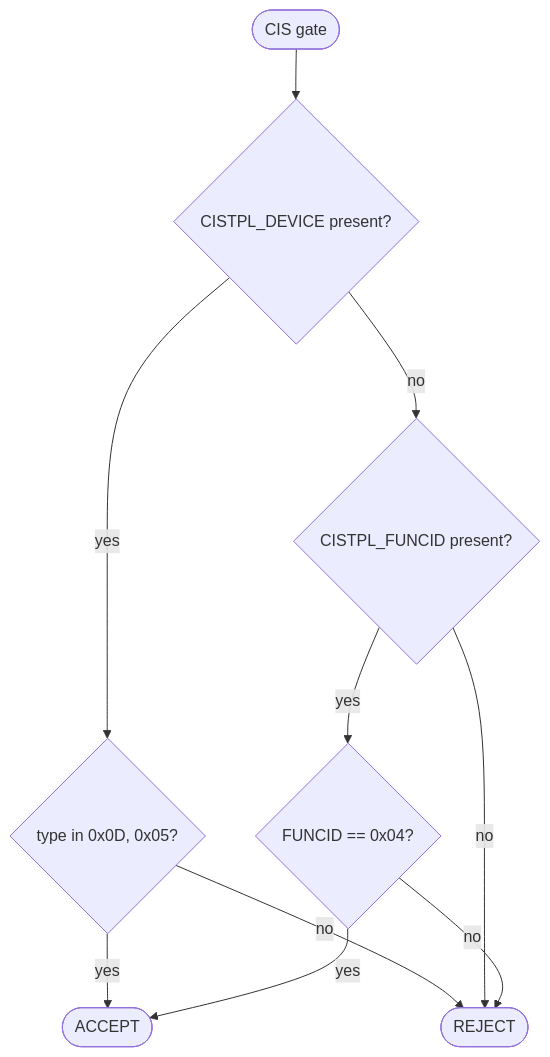
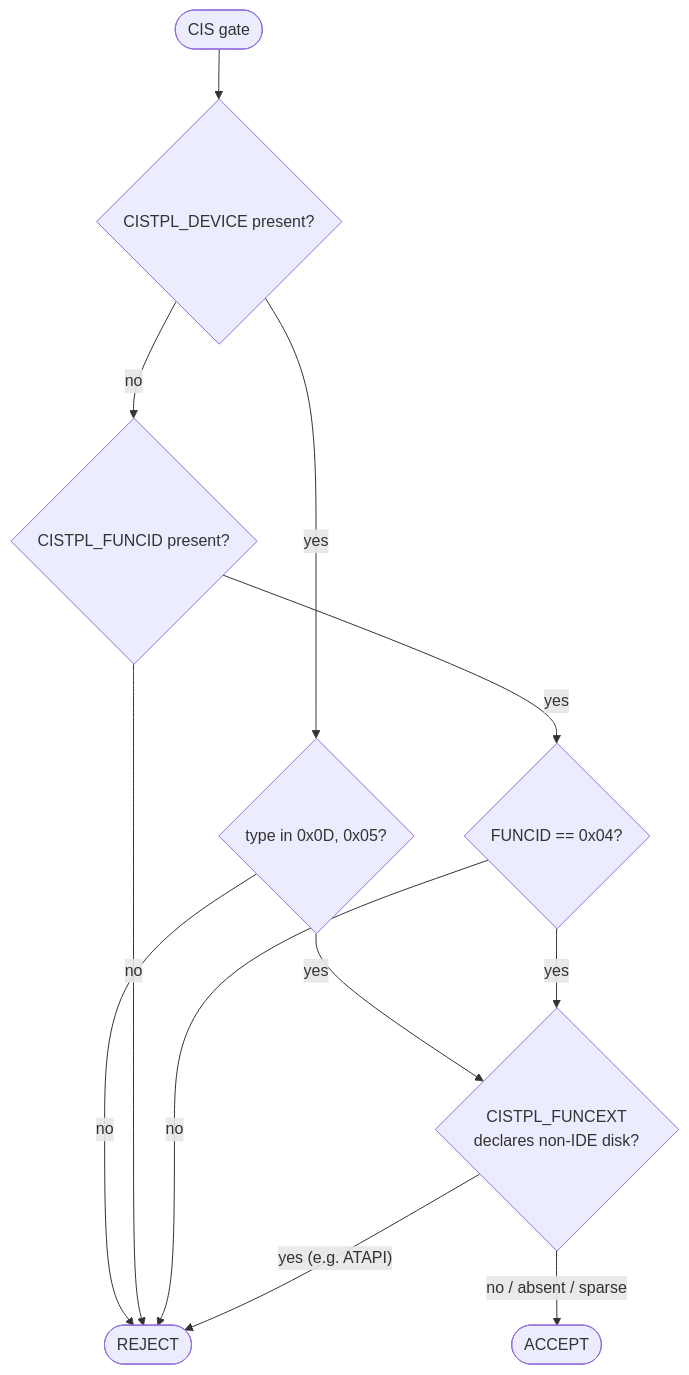
Before and after one commit to pulchart/cfd: the first of 3 diagrams in README.md, drawn with Mermaid. The commit also changed other lines of this file and 10 other files, not shown here.

````diff
--- a/README.md
+++ b/README.md
@@ -525,12 +550,14 @@
 ```mermaid
 flowchart TD
     Start([CIS gate]) --> HasDev{CISTPL_DEVICE present?}
     HasDev -- yes --> DevType{type in 0x0D, 0x05?}
-    DevType -- yes --> Accept([ACCEPT])
     DevType -- no --> Reject([REJECT])
+    DevType -- yes --> FuncExt{CISTPL_FUNCEXT<br/>declares non-IDE disk?}
     HasDev -- no --> HasFunc{CISTPL_FUNCID present?}
     HasFunc -- no --> Reject
     HasFunc -- yes --> FuncId{FUNCID == 0x04?}
-    FuncId -- yes --> Accept
     FuncId -- no --> Reject
+    FuncId -- yes --> FuncExt
+    FuncExt -- "yes (e.g. ATAPI)" --> Reject
+    FuncExt -- no / absent / sparse --> Accept([ACCEPT])
 ```
````
